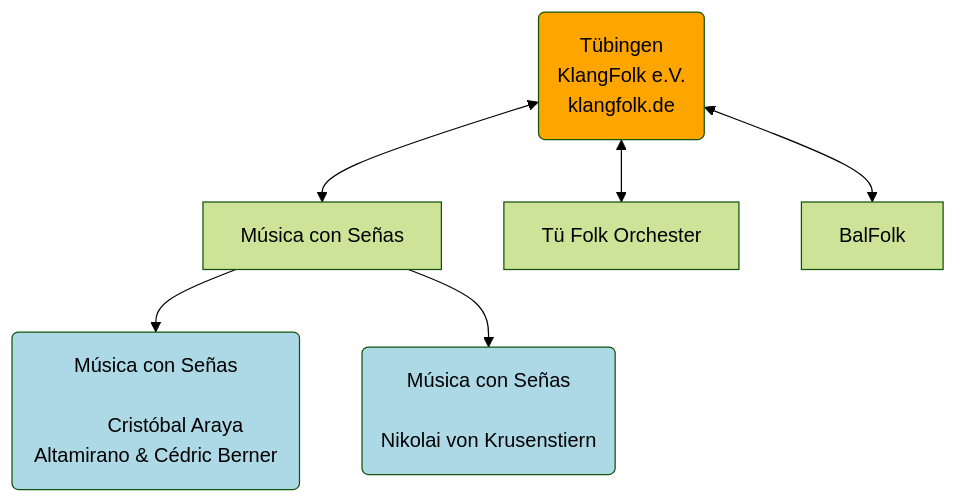
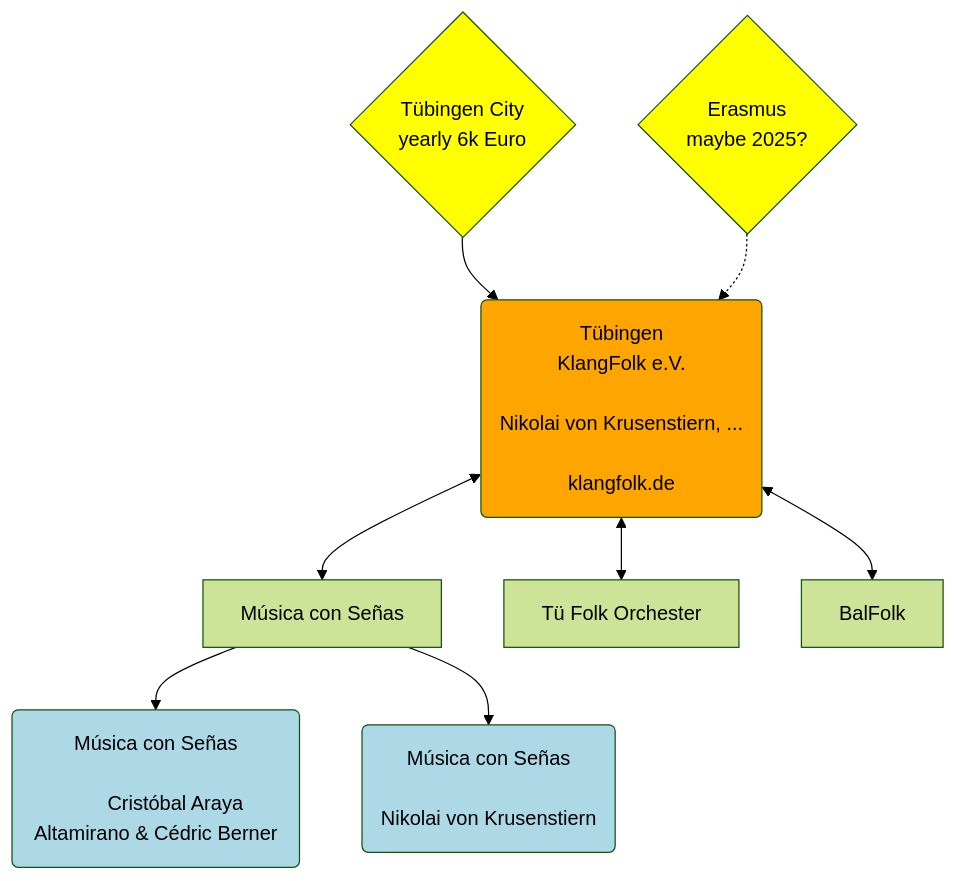
The second of 2 diagrams in README.md (Ritmo-con-Senas/orgcharts), drawn with Mermaid before and after one commit.

Commit message:
Add funding

````diff
--- a/README.md
+++ b/README.md
@@ -69,35 +69,44 @@
 ```mermaid
 %%{init: {'theme':'forest'}}%%
 flowchart TD
-    KF(Tübingen<br>KlangFolk e.V.<br>klangfolk.de)
+    E{Erasmus
+        maybe 2025?}
+    TUE{Tübingen City
+        yearly 6k Euro}
+    
+    KF(Tübingen<br>KlangFolk e.V.<br>
+    Nikolai von Krusenstiern, ...<br>
+    klangfolk.de)
+
+    TUE --> KF
+    E -.-> KF
 
     MCS[Música con Señas]
     TF[Tü Folk Orchester]
     BF[BalFolk]
 
     KF <--> MCS
     KF <--> TF
     KF <--> BF
 
     MCS_1(Música con Señas<br>
         Cristóbal Araya Altamirano & Cédric Berner)
 
     MCS_2(Música con Señas<br>
         Nikolai von Krusenstiern)    
     
     MCS --> MCS_1
     MCS --> MCS_2
 
 %%    linkStyle 11 stroke-width:4px,stroke:blue
 
     classDef BLUE fill:lightblue
     classDef YEL fill:yellow
     classDef BLU fill:skyblue
     classDef ORA fill:orange
 
     class rcs,MCS_1,MCS_2,DA_MCS,B_P,B_R BLUE
     class x BLU
-    class x YEL
+    class E,TUE YEL
     class KF ORA
-
 ```
````
